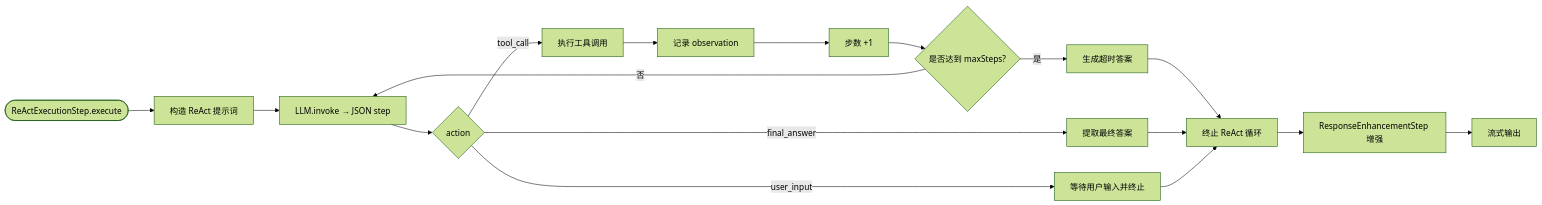
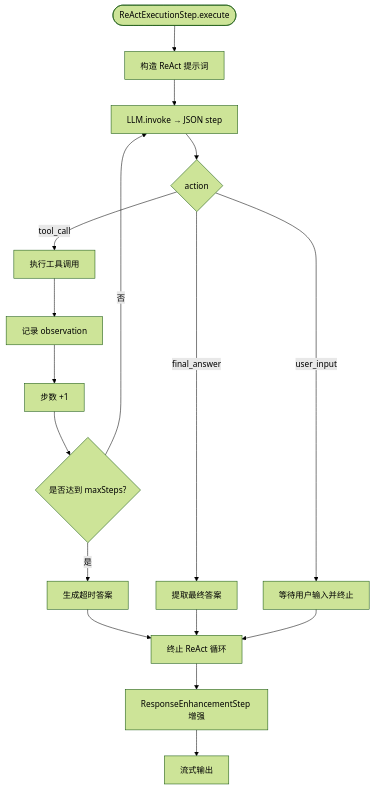
Before and after one commit to seemrcola/bot-server: the second of 2 diagrams in docs/react-flow.md, drawn with Mermaid (forest theme).

Commit message:
wip: a2a

````diff
--- a/docs/react-flow.md
+++ b/docs/react-flow.md
@@ -64,23 +64,25 @@
 ```mermaid
-flowchart LR
+flowchart TD
   start([ReActExecutionStep.execute]) --> build[构造 ReAct 提示词]
   build --> invoke[LLM.invoke → JSON step]
   invoke --> decision{action}
 
+  %% tool_call 分支（向下）
   decision -- tool_call --> callTool[执行工具调用]
   callTool --> obs[记录 observation]
   obs --> stepInc[步数 +1]
   stepInc --> check{是否达到 maxSteps?}
   check -- 否 --> invoke
   check -- 是 --> timeout[生成超时答案]
 
+  %% 终止类分支（与 tool_call 汇合）
   decision -- final_answer --> final[提取最终答案]
   decision -- user_input  --> wait[等待用户输入并终止]
 
   timeout --> stop[终止 ReAct 循环]
   final   --> stop
   wait    --> stop
 
   stop --> enhance[ResponseEnhancementStep 增强]
   enhance --> output[流式输出]
 ```
````
